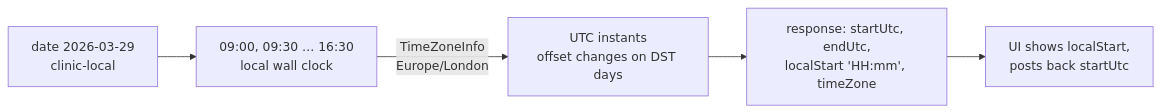
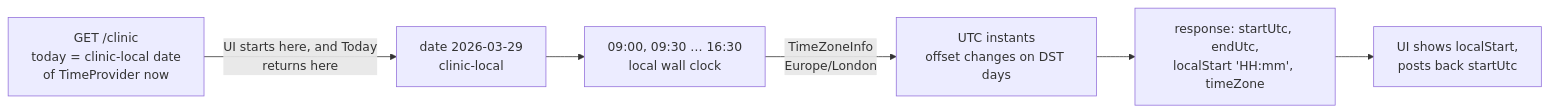
Before and after one commit to Mostafaa021/AppointmentScheduler: the third of 3 diagrams in docs/architecture/availability.md, drawn with Mermaid. The commit also changed other lines of this file and 32 other files, not shown here.

First line of the commit message:
feat: clinic-local today and deadlock-free concurrent booking; SPEC §4–§6 judgment answer (plan 015)

````diff
--- a/docs/architecture/availability.md
+++ b/docs/architecture/availability.md
@@ -61,7 +62,8 @@
 ```mermaid
 flowchart LR
+  C[GET /clinic<br/>today = clinic-local date<br/>of TimeProvider now] -->|UI starts here, and Today<br/>returns here| D
   D[date 2026-03-29<br/>clinic-local] --> L[09:00, 09:30 … 16:30<br/>local wall clock]
   L -->|TimeZoneInfo<br/>Europe/London| U[UTC instants<br/>offset changes on DST days]
   U --> R[response: startUtc, endUtc,<br/>localStart 'HH:mm', timeZone]
   R --> UI[UI shows localStart,<br/>posts back startUtc]
 ```
````
